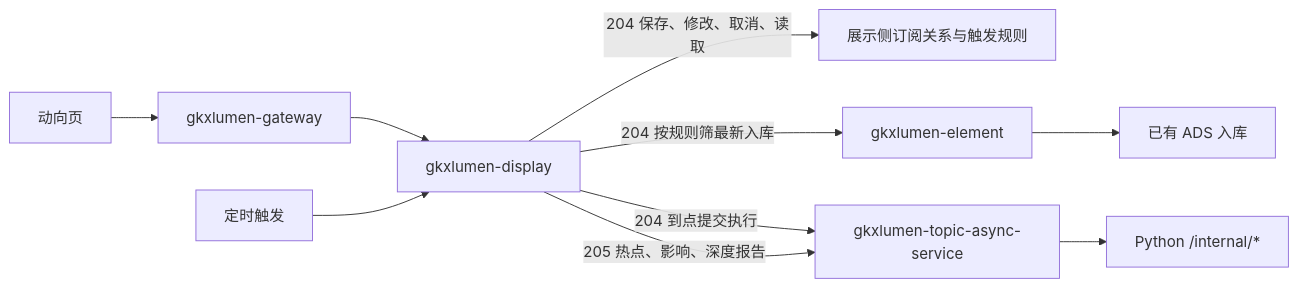
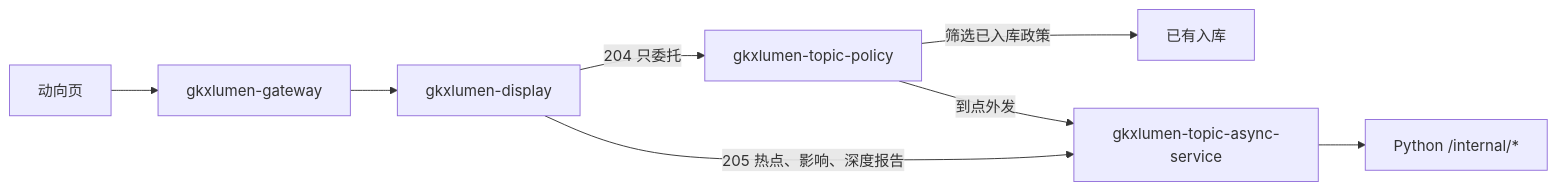
One commit to Marisolebxf/- changed the second of 2 diagrams in agent-delivery/agent-handoffs/科技政策跟踪-POL/sdd/l2/POL-L2-DS10-TREND-ARCH.md. Above: the diagram before and after it, drawn with Mermaid. The commit also changed other lines of this file and 5 other files, not shown here.

First line of the commit message:
docs(policy): 政策订阅改由专题门面实现 [agent:architect-agent]

````diff
--- a/agent-delivery/agent-handoffs/科技政策跟踪-POL/sdd/l2/POL-L2-DS10-TREND-ARCH.md
+++ b/agent-delivery/agent-handoffs/科技政策跟踪-POL/sdd/l2/POL-L2-DS10-TREND-ARCH.md
@@ -175,18 +176,15 @@
 ```mermaid
 flowchart LR
   fe["动向页"]
   gw["gkxlumen-gateway"]
   bff["gkxlumen-display"]
-  rel["展示侧订阅关系与触发规则"]
-  el["gkxlumen-element"]
-  ads["已有 ADS 入库"]
-  clock["定时触发"]
+  tp["gkxlumen-topic-policy"]
+  ads["已有入库"]
   async["gkxlumen-topic-async-service"]
   py["Python /internal/*"]
   fe --> gw --> bff
-  bff -->|"204 保存、修改、取消、读取"| rel
-  clock --> bff
-  bff -->|"204 按规则筛最新入库"| el --> ads
-  bff -->|"204 到点提交执行"| async
+  bff -->|"204 只委托"| tp
+  tp -->|"筛选已入库政策"| ads
+  tp -->|"到点外发"| async
   bff -->|"205 热点、影响、深度报告"| async --> py
 ```
````
